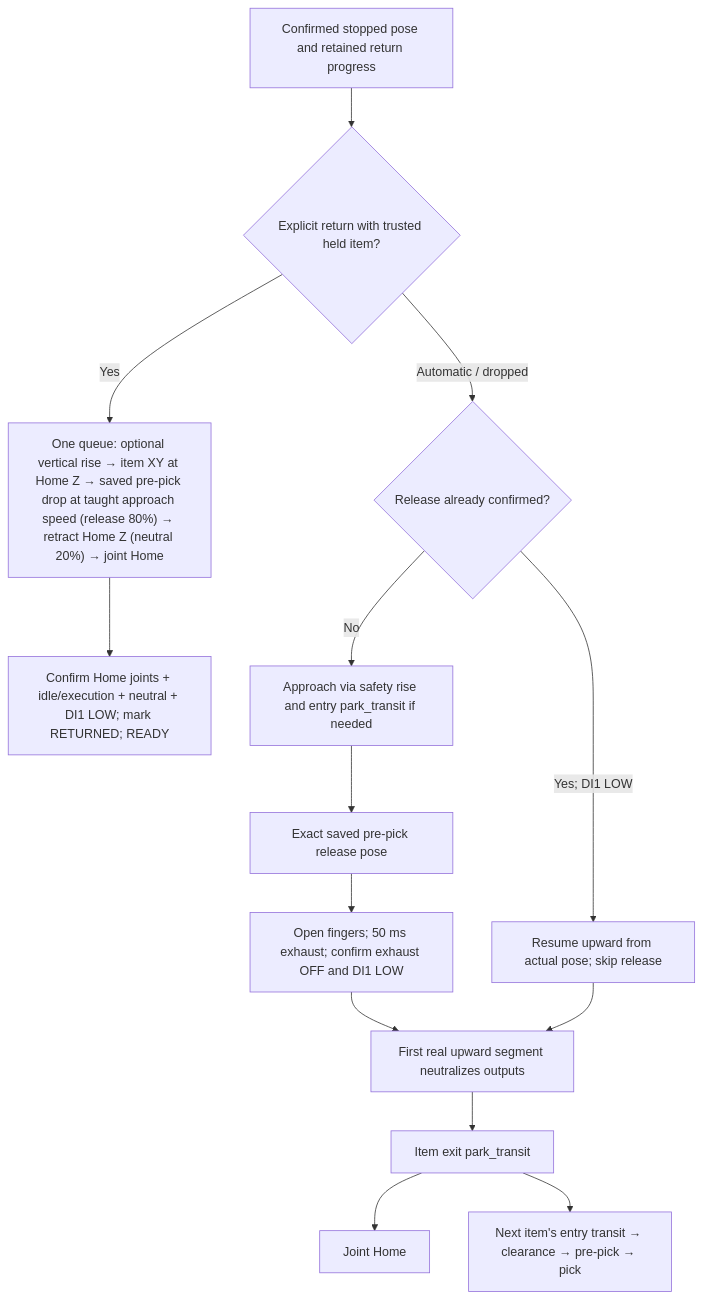
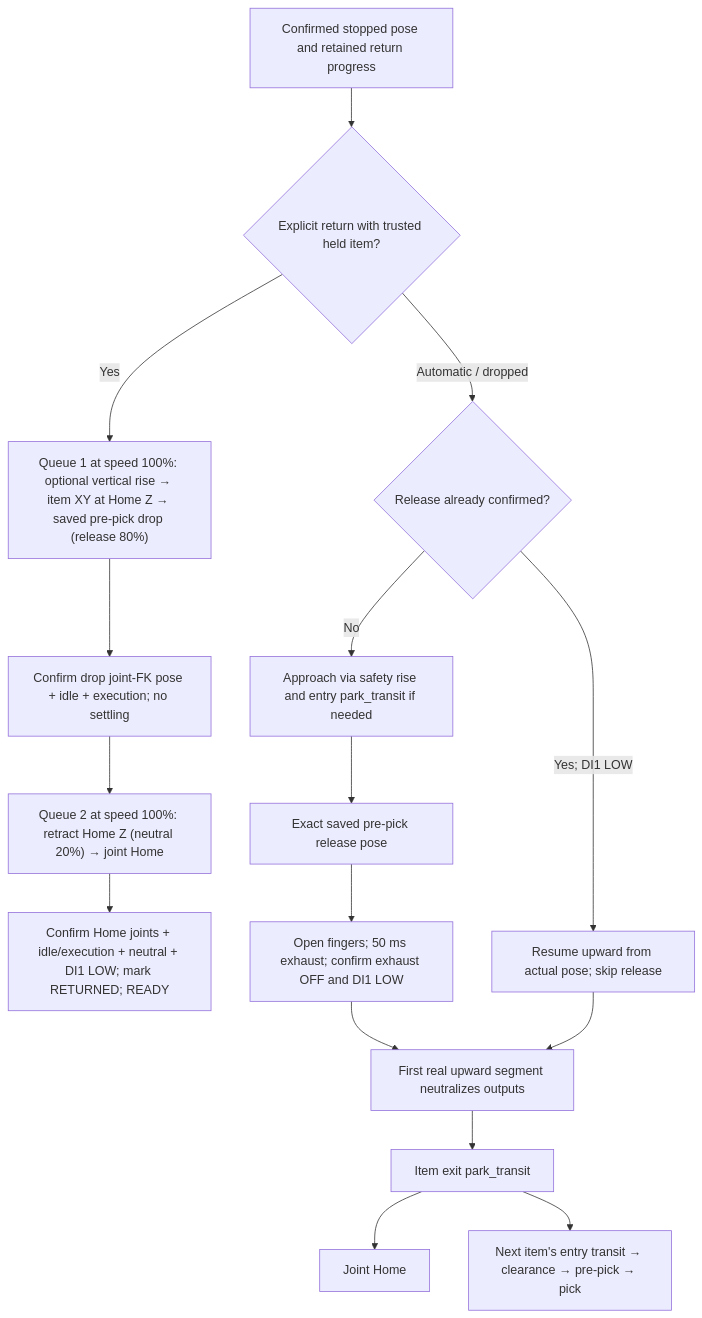
The ninth of 9 diagrams in docs/ROBOT_CONTROLLER_FSM.md (esgange/dobot_picknplace_yolo), drawn with Mermaid before and after one commit. The commit also changed other lines of this file and 18 other files, not shown here.

Commit message:
Split full-speed drop and return into separate motion queues

````diff
--- a/docs/ROBOT_CONTROLLER_FSM.md
+++ b/docs/ROBOT_CONTROLLER_FSM.md
@@ -880,16 +885,18 @@
 ```mermaid
 flowchart TD
     Start["Confirmed stopped pose and retained return progress"] --> Kind{"Explicit return with trusted held item?"}
-    Kind -->|Yes| Queue["One queue: optional vertical rise → item XY at Home Z → saved pre-pick drop at taught approach speed (release 80%) → retract Home Z (neutral 20%) → joint Home"]
-    Queue --> Done["Confirm Home joints + idle/execution + neutral + DI1 LOW; mark RETURNED; READY"]
+    Kind -->|Yes| Queue["Queue 1 at speed 100%: optional vertical rise → item XY at Home Z → saved pre-pick drop (release 80%)"]
+    Queue --> Drop["Confirm drop joint-FK pose + idle + execution; no settling"]
+    Drop --> Return["Queue 2 at speed 100%: retract Home Z (neutral 20%) → joint Home"]
+    Return --> Done["Confirm Home joints + idle/execution + neutral + DI1 LOW; mark RETURNED; READY"]
     Kind -->|Automatic / dropped| Released{"Release already confirmed?"}
     Released -->|No| Up["Approach via safety rise and entry park_transit if needed"]
     Up --> Release["Exact saved pre-pick release pose"]
     Release --> Pulse["Open fingers; 50 ms exhaust; confirm exhaust OFF and DI1 LOW"]
     Pulse --> Retreat["First real upward segment neutralizes outputs"]
     Released -->|Yes; DI1 LOW| Resume["Resume upward from actual pose; skip release"]
     Resume --> Retreat
     Retreat --> Exit["Item exit park_transit"]
     Exit --> Home["Joint Home"]
     Exit --> Next["Next item's entry transit → clearance → pre-pick → pick"]
 ```
````
